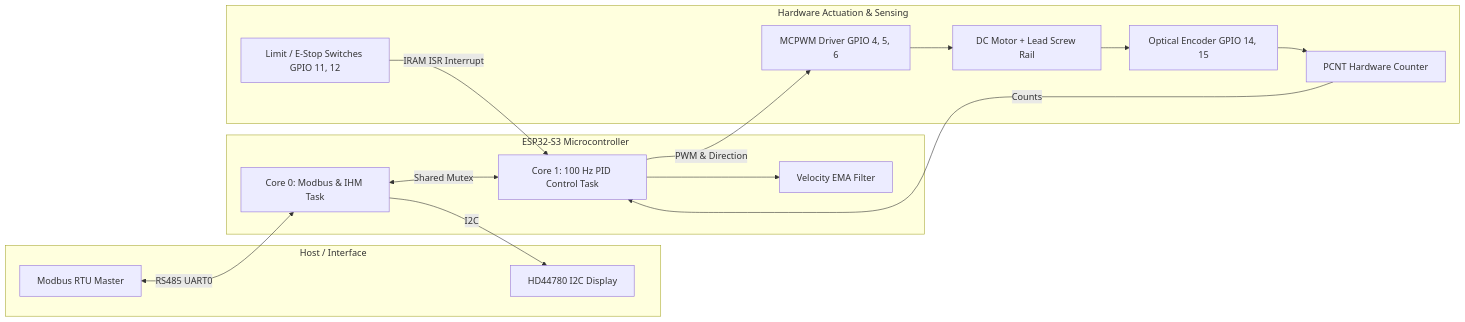
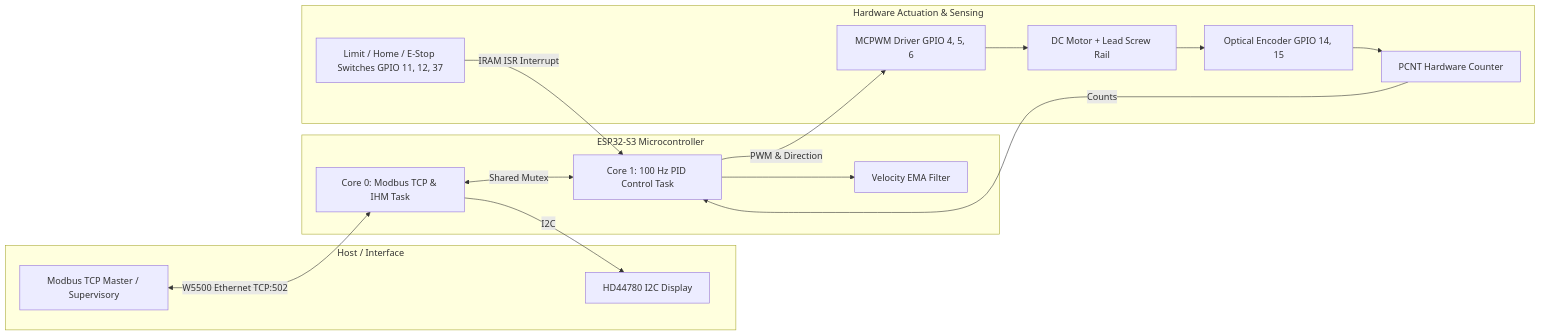
The diagram in docs/01_system_overview_and_physics.md (caioschweitzer/linear-guide-controller), drawn with Mermaid before and after one commit. The commit also changed other lines of this file and 5 other files, not shown here.

Commit message:
docs: update manual to match current firmware, Modbus TCP map, and test suite

````diff
--- a/docs/01_system_overview_and_physics.md
+++ b/docs/01_system_overview_and_physics.md
@@ -65,32 +65,32 @@
 ```mermaid
 graph LR
     subgraph Host / Interface
-        MB[Modbus RTU Master]
+        MB[Modbus TCP Master / Supervisory]
         LCD[HD44780 I2C Display]
     end
 
     subgraph ESP32-S3 Microcontroller
-        MB_Task[Core 0: Modbus & IHM Task]
+        MB_Task[Core 0: Modbus TCP & IHM Task]
         PID[Core 1: 100 Hz PID Control Task]
         EMA[Velocity EMA Filter]
     end
 
     subgraph Hardware Actuation & Sensing
         PWM[MCPWM Driver GPIO 4, 5, 6]
         DC[DC Motor + Lead Screw Rail]
         ENC[Optical Encoder GPIO 14, 15]
         PCNT[PCNT Hardware Counter]
-        SENS[Limit / E-Stop Switches GPIO 11, 12]
+        SENS[Limit / Home / E-Stop Switches GPIO 11, 12, 37]
     end
 
-    MB <-->|RS485 UART0| MB_Task
+    MB <-->|W5500 Ethernet TCP:502| MB_Task
     MB_Task <-->|Shared Mutex| PID
     PID -->|PWM & Direction| PWM
     PWM --> DC
     DC --> ENC
     ENC --> PCNT
     PCNT -->|Counts| PID
     PID --> EMA
     MB_Task -->|I2C| LCD
     SENS -->|IRAM ISR Interrupt| PID
 ```
````
